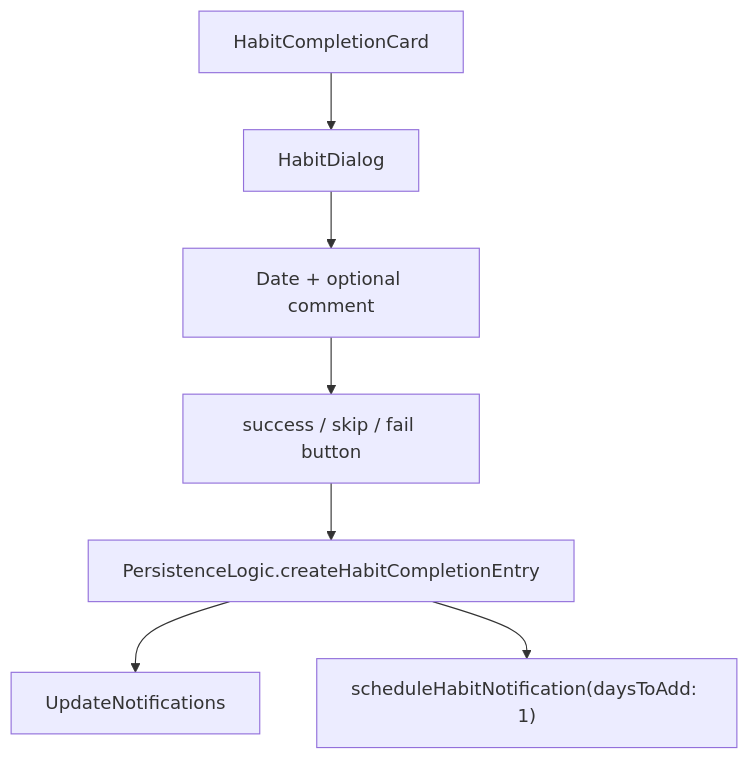
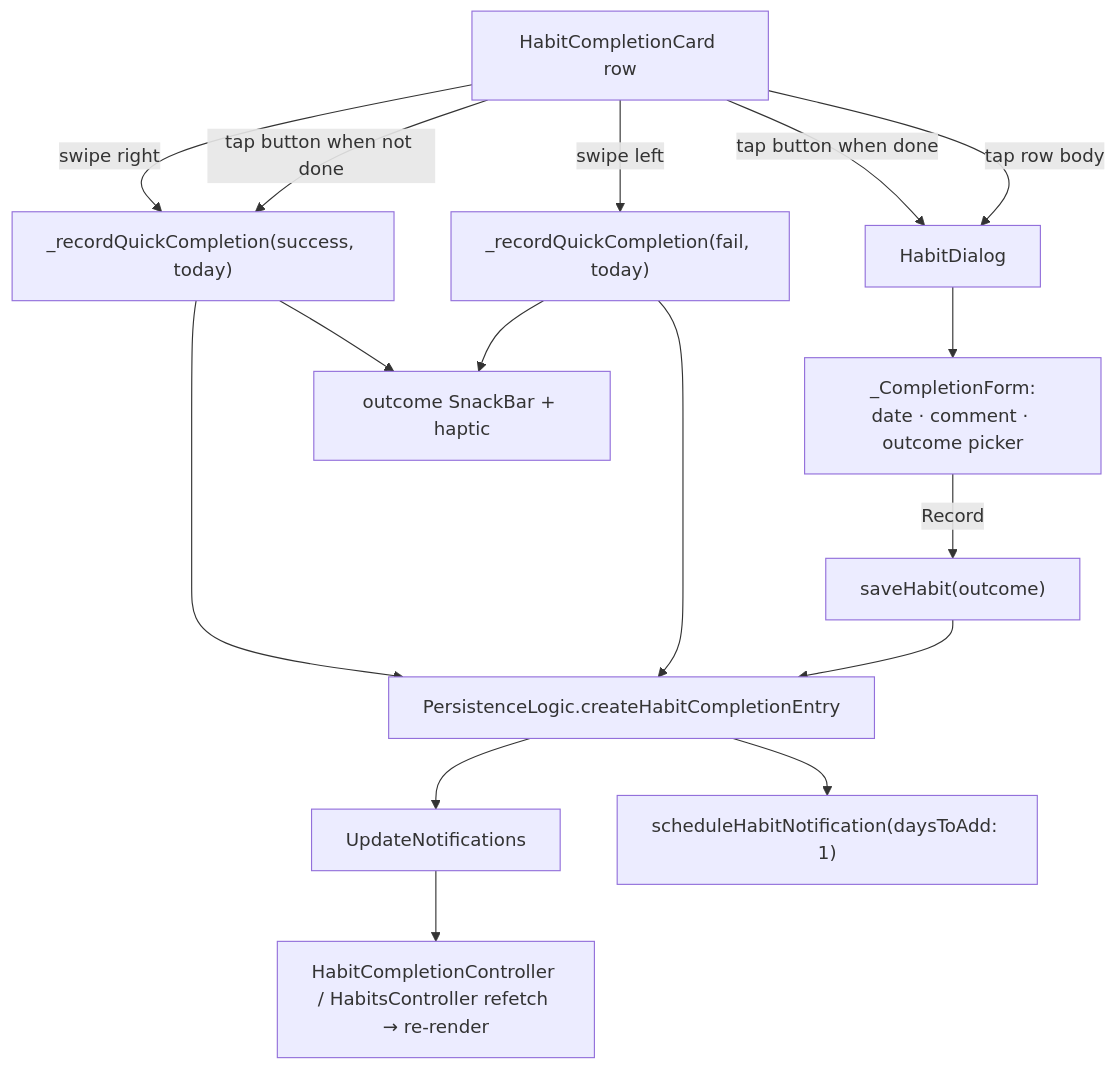
One commit to matthiasn/lotti changed the fifth of 6 diagrams in lib/features/habits/README.md. Above: the diagram before and after it, drawn with Mermaid. The commit also changed other lines of this file and 43 other files, not shown here.

````diff
--- a/lib/features/habits/README.md
+++ b/lib/features/habits/README.md
@@ -273,9 +353,23 @@
 ```mermaid
 flowchart TD
-  Card["HabitCompletionCard"] --> Dialog["HabitDialog"]
-  Dialog --> Form["Date + optional comment"]
-  Form --> Save["success / skip / fail button"]
-  Save --> Persist["PersistenceLogic.createHabitCompletionEntry"]
+  Row["HabitCompletionCard row"]
+  Row -->|swipe right| QSuccess["_recordQuickCompletion(success, today)"]
+  Row -->|swipe left| QFail["_recordQuickCompletion(fail, today)"]
+  Row -->|tap button when not done| QSuccess
+  Row -->|tap button when done| Dialog
+  Row -->|tap row body| Dialog["HabitDialog"]
+
+  Dialog --> Form["_CompletionForm:\ndate · comment · outcome picker"]
+  Form -->|Record| Save["saveHabit(outcome)"]
+
+  QSuccess --> Persist["PersistenceLogic.createHabitCompletionEntry"]
+  QFail --> Persist
+  Save --> Persist
+
+  QSuccess --> Snack["outcome SnackBar + haptic"]
+  QFail --> Snack
+
   Persist --> Notify["UpdateNotifications"]
   Persist --> Schedule["scheduleHabitNotification(daysToAdd: 1)"]
+  Notify --> Refetch["HabitCompletionController / HabitsController refetch → re-render"]
 ```
````
